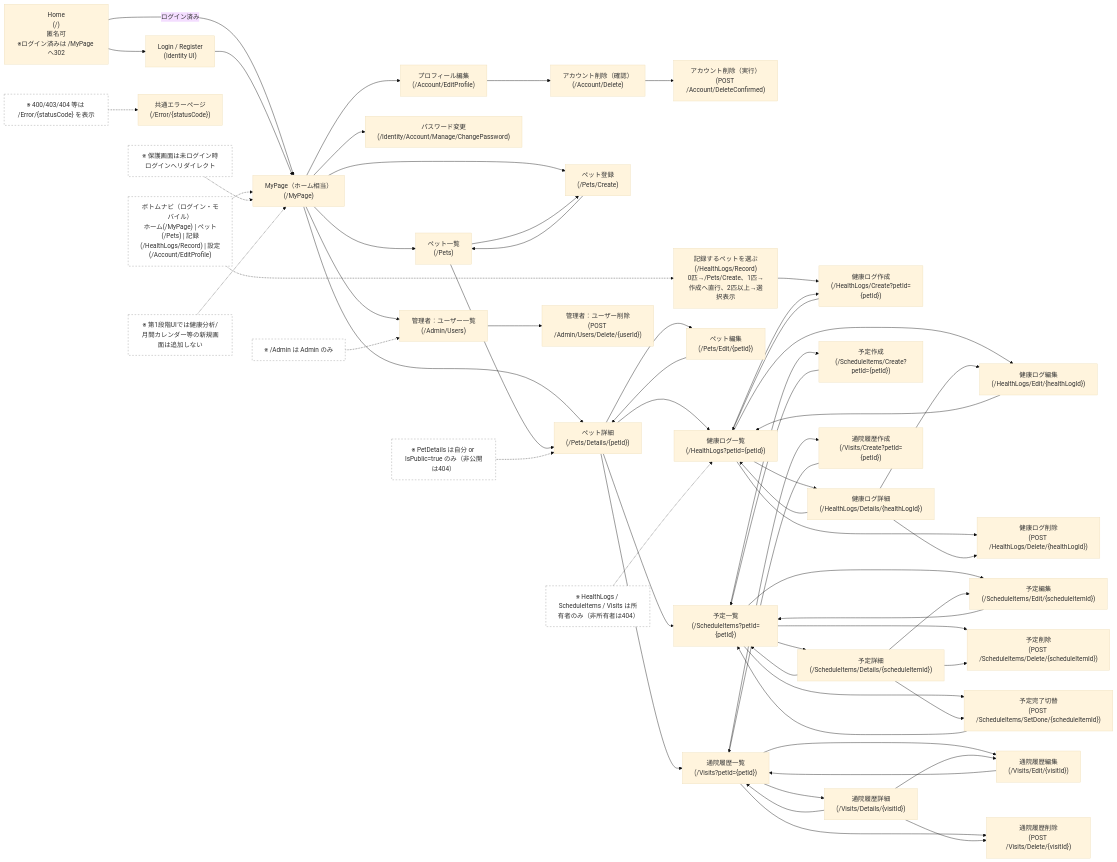
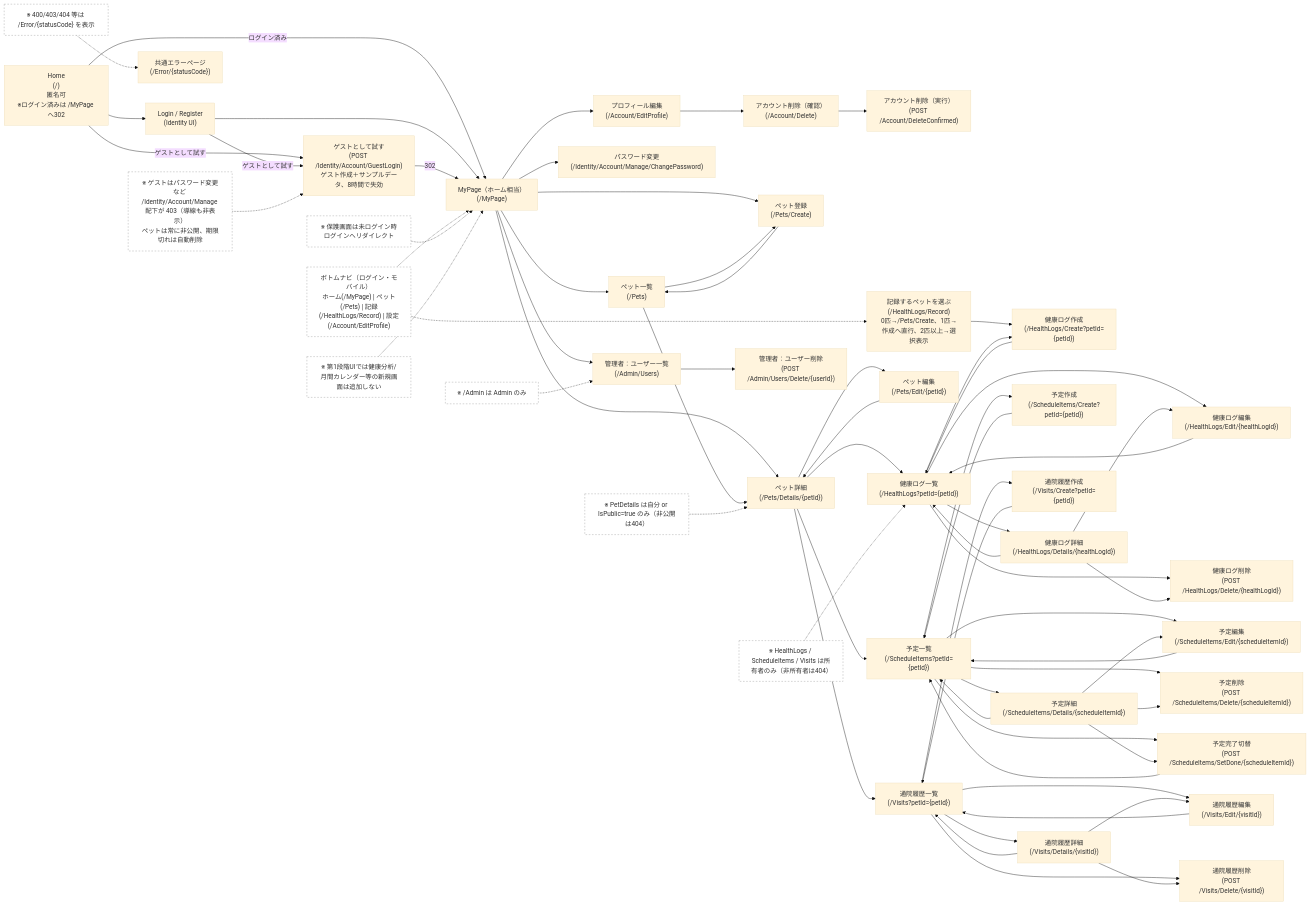
One commit to Cat5Dog2/PetHealthManagement changed the diagram in docs/screen-transition-diagram.md. Above: the diagram before and after it, drawn with Mermaid (base theme). The commit also changed 8 other files, not shown here.

First line of the commit message:
docs: specify guest login for trying the app without signing up

````diff
--- a/docs/screen-transition-diagram.md
+++ b/docs/screen-transition-diagram.md
@@ -6,6 +6,11 @@
   Home -->|ログイン済み| MyPage
 
   Login --> MyPage["MyPage（ホーム相当）<br/>(/MyPage)"]
+
+  GuestLogin["ゲストとして試す<br/>(POST /Identity/Account/GuestLogin)<br/>ゲスト作成＋サンプルデータ、8時間で失効"]
+  Home -->|ゲストとして試す| GuestLogin
+  Login -->|ゲストとして試す| GuestLogin
+  GuestLogin -->|302| MyPage
 
   BottomNav["ボトムナビ（ログイン・モバイル）<br/>ホーム(/MyPage) | ペット(/Pets) | 記録(/HealthLogs/Record) | 設定(/Account/EditProfile)"]:::note
   BottomNav -.-> MyPage
@@ -77,6 +82,7 @@
   NoteAdmin["※ /Admin は Admin のみ"]:::note
   NoteError["※ 400/403/404 等は /Error/{statusCode} を表示"]:::note
   NotePhase1["※ 第1段階UIでは健康分析/月間カレンダー等の新規画面は追加しない"]:::note
+  NoteGuest["※ ゲストはパスワード変更など /Identity/Account/Manage 配下が 403（導線も非表示）<br/>ペットは常に非公開、期限切れは自動削除"]:::note
 
   NoteAuth -.-> MyPage
   NoteOwner -.-> HealthLogsIndex
@@ -84,6 +90,7 @@
   NoteAdmin -.-> AdminUsers
   NoteError -.-> ErrorPage
   NotePhase1 -.-> MyPage
+  NoteGuest -.-> GuestLogin
 
   classDef note fill:#fff,stroke:#999,stroke-dasharray: 4 4,color:#333;
 ```
````
